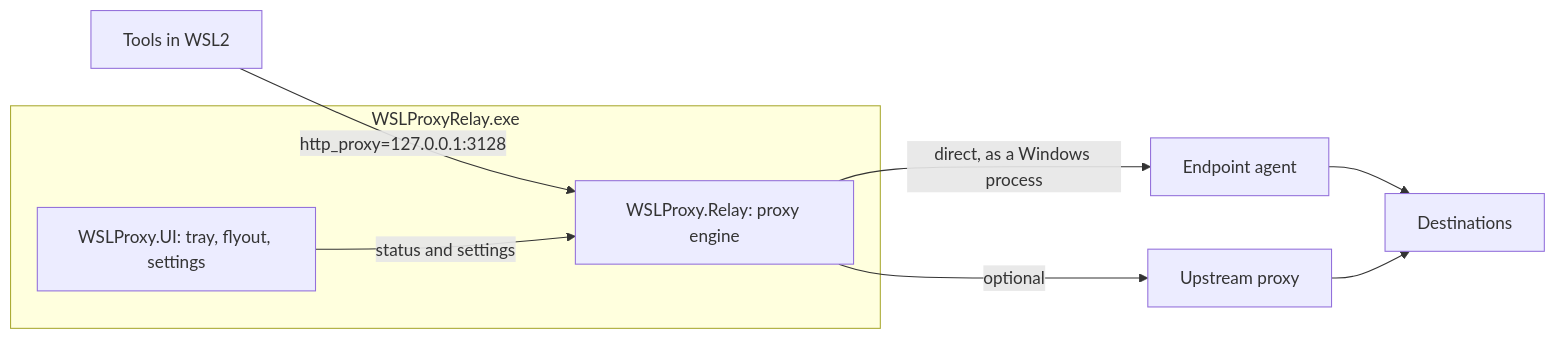
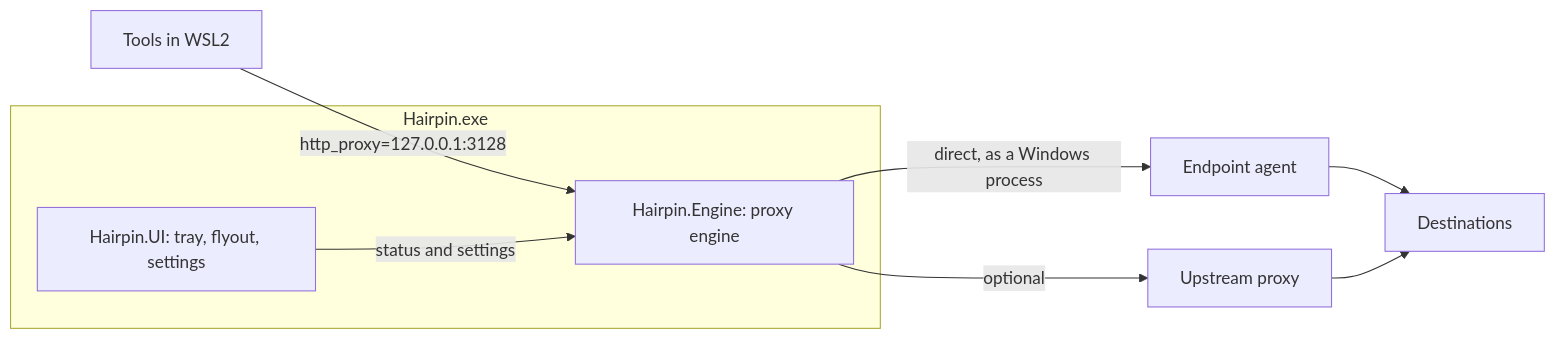
The diagram in README.md (froazin/hairpin), drawn with Mermaid before and after one commit. The commit also changed other lines of this file and 154 other files, not shown here.

````diff
--- a/README.md
+++ b/README.md
@@ -28,13 +30,13 @@
 ```mermaid
 flowchart LR
-    accTitle: WSL Proxy Relay architecture
-    accDescr: Tools in WSL send HTTP and HTTPS through the relay on 127.0.0.1. WSLProxyRelay.exe hosts the relay engine and the tray UI. The relay connects to destinations directly from Windows, where the endpoint agent handles the traffic, or through an optional upstream proxy.
+    accTitle: Hairpin architecture
+    accDescr: Tools in WSL send HTTP and HTTPS through the relay on 127.0.0.1. Hairpin.exe hosts the relay engine and the tray UI. The relay connects to destinations directly from Windows, where the endpoint agent handles the traffic, or through an optional upstream proxy.
     wsl[Tools in WSL2] -->|http_proxy=127.0.0.1:3128| relay
-    subgraph exe[WSLProxyRelay.exe]
-        ui[WSLProxy.UI: tray, flyout, settings] -->|status and settings| relay[WSLProxy.Relay: proxy engine]
+    subgraph exe[Hairpin.exe]
+        ui[Hairpin.UI: tray, flyout, settings] -->|status and settings| relay[Hairpin.Engine: proxy engine]
     end
     relay -->|direct, as a Windows process| agent[Endpoint agent]
     relay -->|optional| upstream[Upstream proxy]
     agent --> internet[Destinations]
     upstream --> internet
 ```
````
